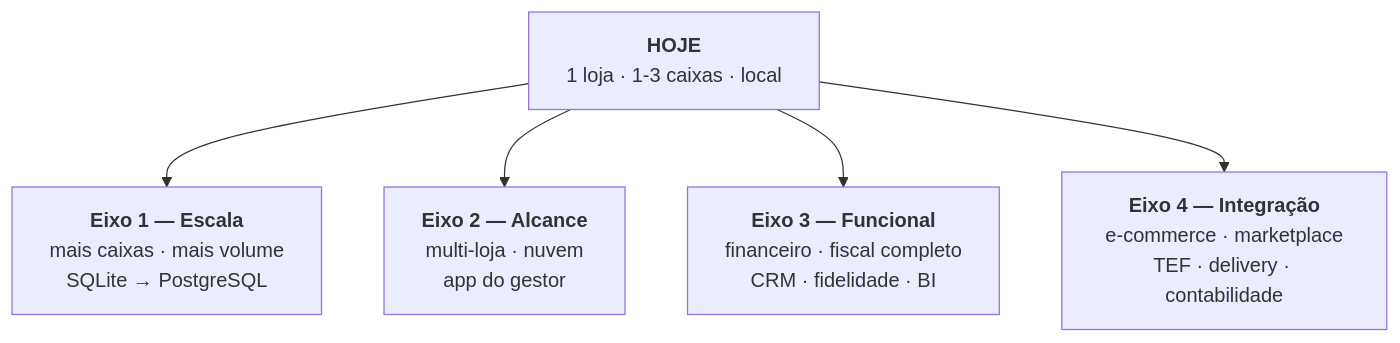
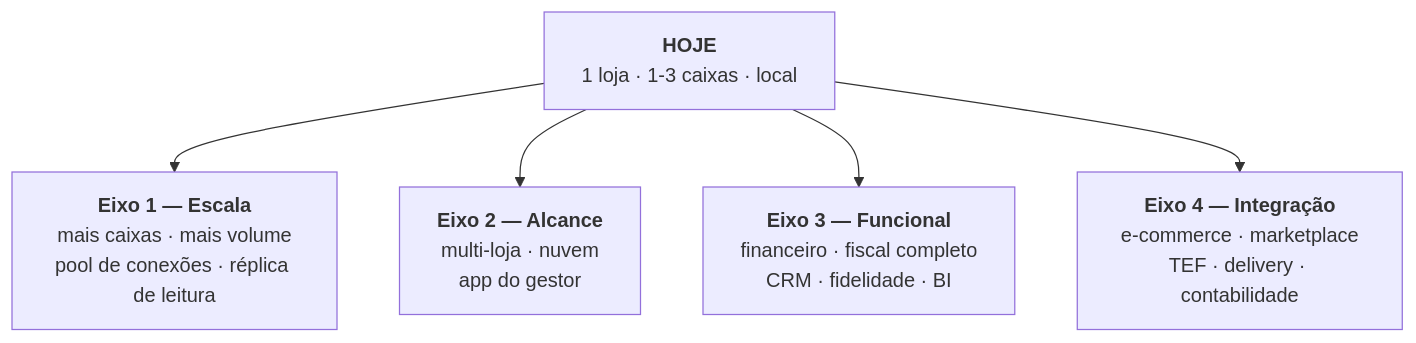
Before and after one commit to brilhatex-dotcom/erp-pdv: diagram 17 of 17 in docs/ARQUITETURA.md, drawn with Mermaid. The commit also changed other lines of this file and 1 other file, not shown here.

````diff
--- a/docs/ARQUITETURA.md
+++ b/docs/ARQUITETURA.md
@@ -1592,9 +1647,9 @@
 ```mermaid
 graph TB
     HOJE["<b>HOJE</b><br/>1 loja · 1-3 caixas · local"]
-    E1["<b>Eixo 1 — Escala</b><br/>mais caixas · mais volume<br/>SQLite → PostgreSQL"]
+    E1["<b>Eixo 1 — Escala</b><br/>mais caixas · mais volume<br/>pool de conexões · réplica de leitura"]
     E2["<b>Eixo 2 — Alcance</b><br/>multi-loja · nuvem<br/>app do gestor"]
     E3["<b>Eixo 3 — Funcional</b><br/>financeiro · fiscal completo<br/>CRM · fidelidade · BI"]
     E4["<b>Eixo 4 — Integração</b><br/>e-commerce · marketplace<br/>TEF · delivery · contabilidade"]
     HOJE-->E1 & E2 & E3 & E4
 ```
````
